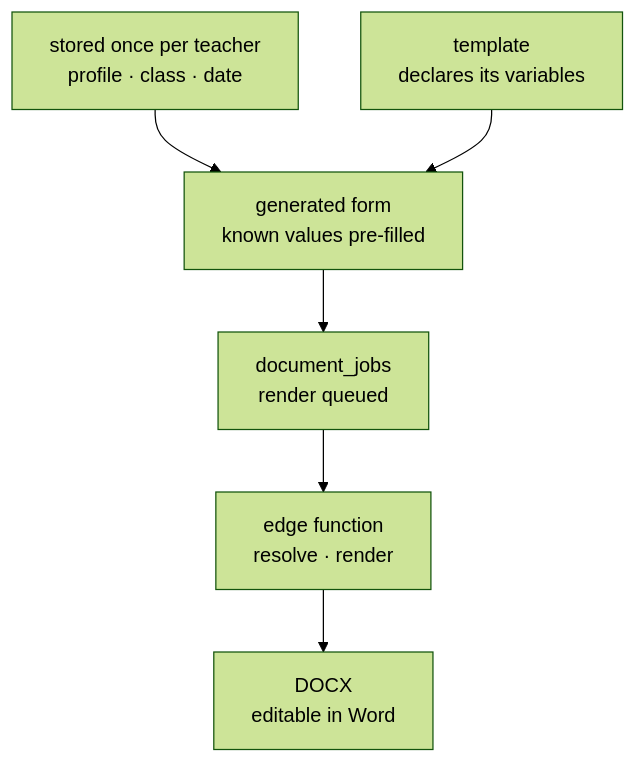
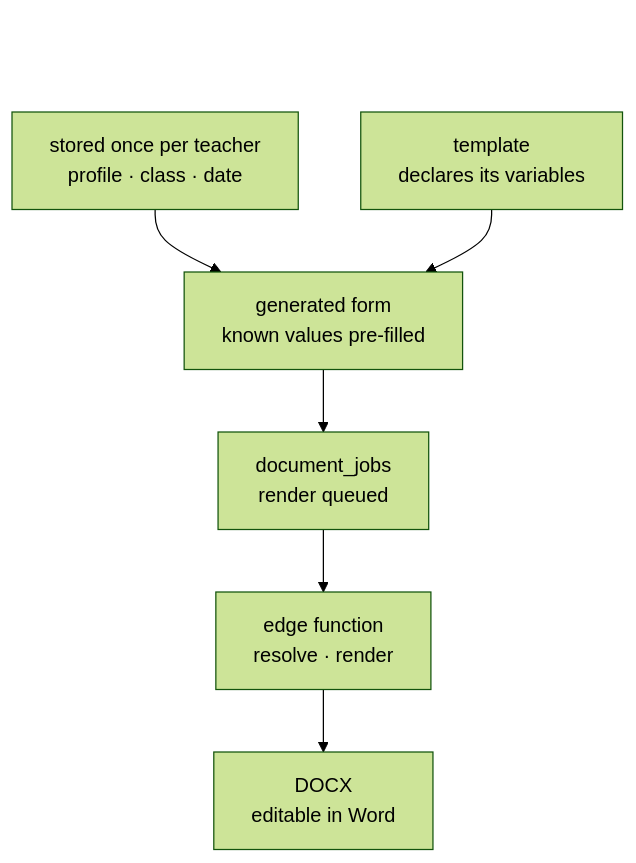
The second of 2 diagrams in ingilizceciyiz.md (mobilteknolojileri/case-studies), drawn with Mermaid (forest theme) before and after one commit. The commit also changed other lines of this file, not shown here.

Commit message:
docs(ingilizceciyiz): keep diagrams clear of github controls

````diff
--- a/ingilizceciyiz.md
+++ b/ingilizceciyiz.md
@@ -52,14 +58,19 @@
 ```mermaid
 flowchart TD
+    SP[" "]
     A["stored once per teacher<br/>profile · class · date"]
     T["template<br/>declares its variables"]
 
     F["generated form<br/>known values pre-filled"]
     J["document_jobs<br/>render queued"]
     E["edge function<br/>resolve · render"]
     O["DOCX<br/>editable in Word"]
 
+    SP ~~~ A
+    SP ~~~ T
     A --> F
     T --> F
     F --> J --> E --> O
+    classDef spacer fill:none,stroke:none
+    class SP spacer
 ```
````
